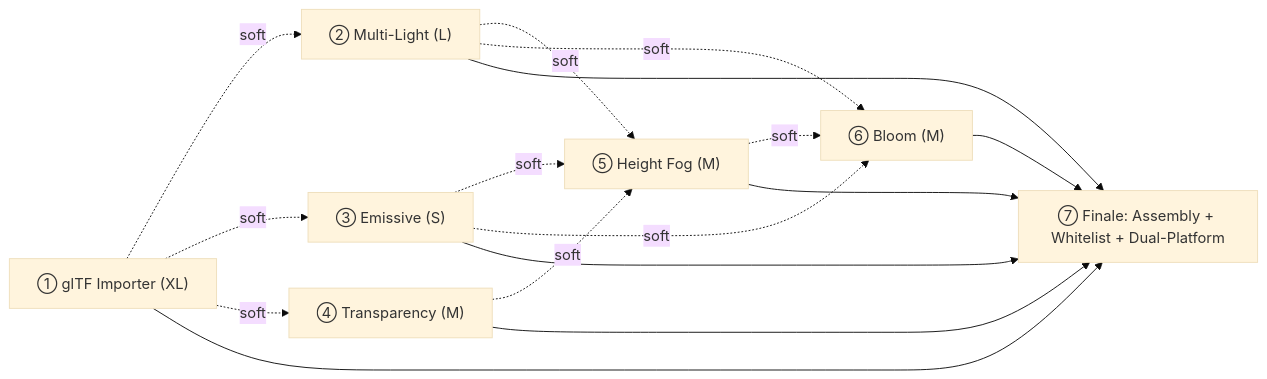
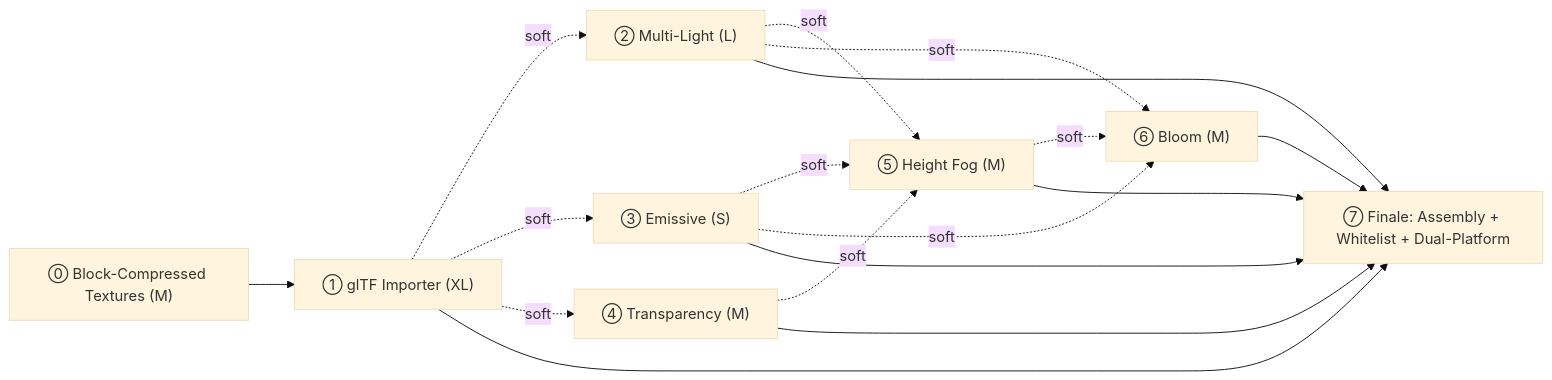
One commit to slmao/Atlantis changed the diagram in docs/specs/0036-bistro-parity-roadmap.md. Above: the diagram before and after it, drawn with Mermaid (base theme). The commit also changed other lines of this file and 2 other files, not shown here.

````diff
--- a/docs/specs/0036-bistro-parity-roadmap.md
+++ b/docs/specs/0036-bistro-parity-roadmap.md
@@ -420,26 +483,28 @@
 ```mermaid
 graph LR
+  W0["⓪ Block-Compressed Textures (M)"]
   W1["① glTF Importer (XL)"]
   W2["② Multi-Light (L)"]
   W3["③ Emissive (S)"]
   W4["④ Transparency (M)"]
   W5["⑤ Height Fog (M)"]
   W6["⑥ Bloom (M)"]
   W7["⑦ Finale: Assembly + Whitelist + Dual-Platform"]
 
+  W0 --> W1
   W1 -. soft .-> W2
   W1 -. soft .-> W3
   W1 -. soft .-> W4
   W2 -. soft .-> W5
   W3 -. soft .-> W5
   W4 -. soft .-> W5
   W2 -. soft .-> W6
   W3 -. soft .-> W6
   W5 -. soft .-> W6
   W1 --> W7
   W2 --> W7
   W3 --> W7
   W4 --> W7
   W5 --> W7
   W6 --> W7
 ```
````
